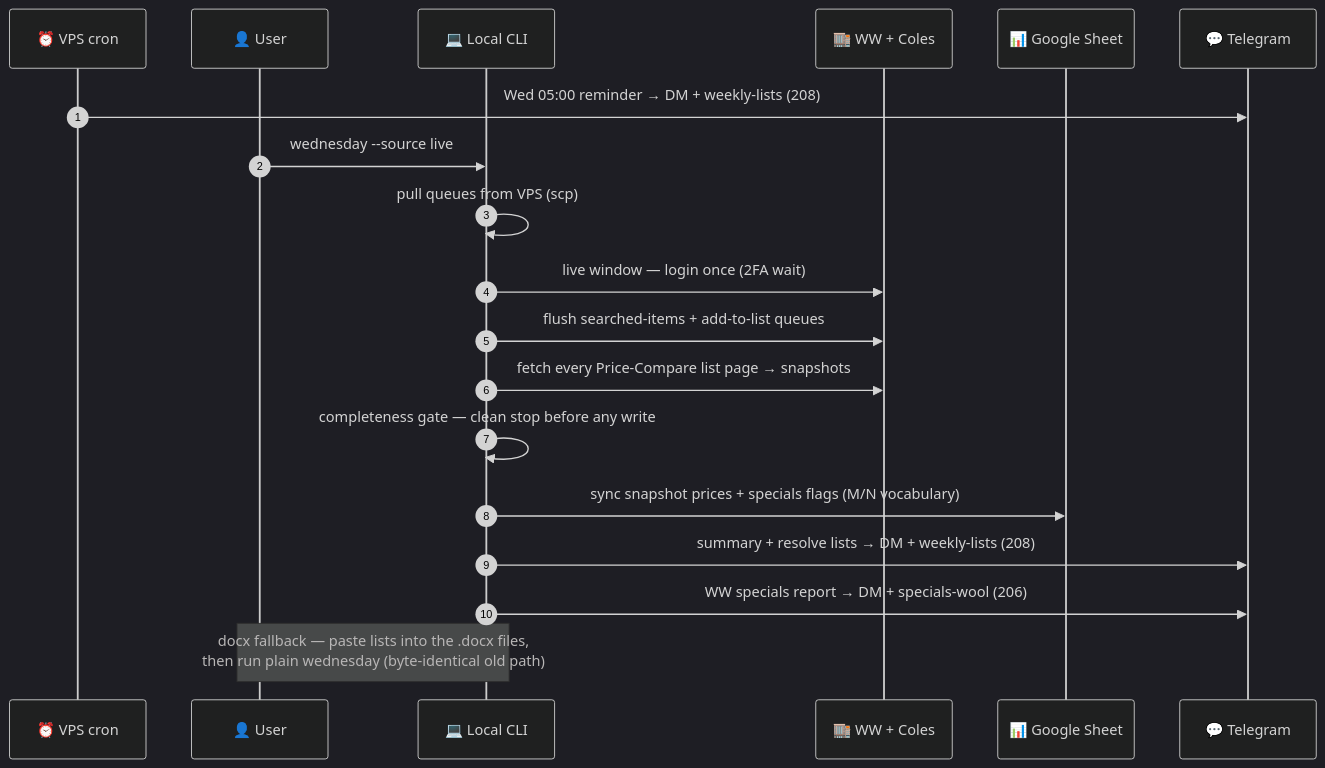
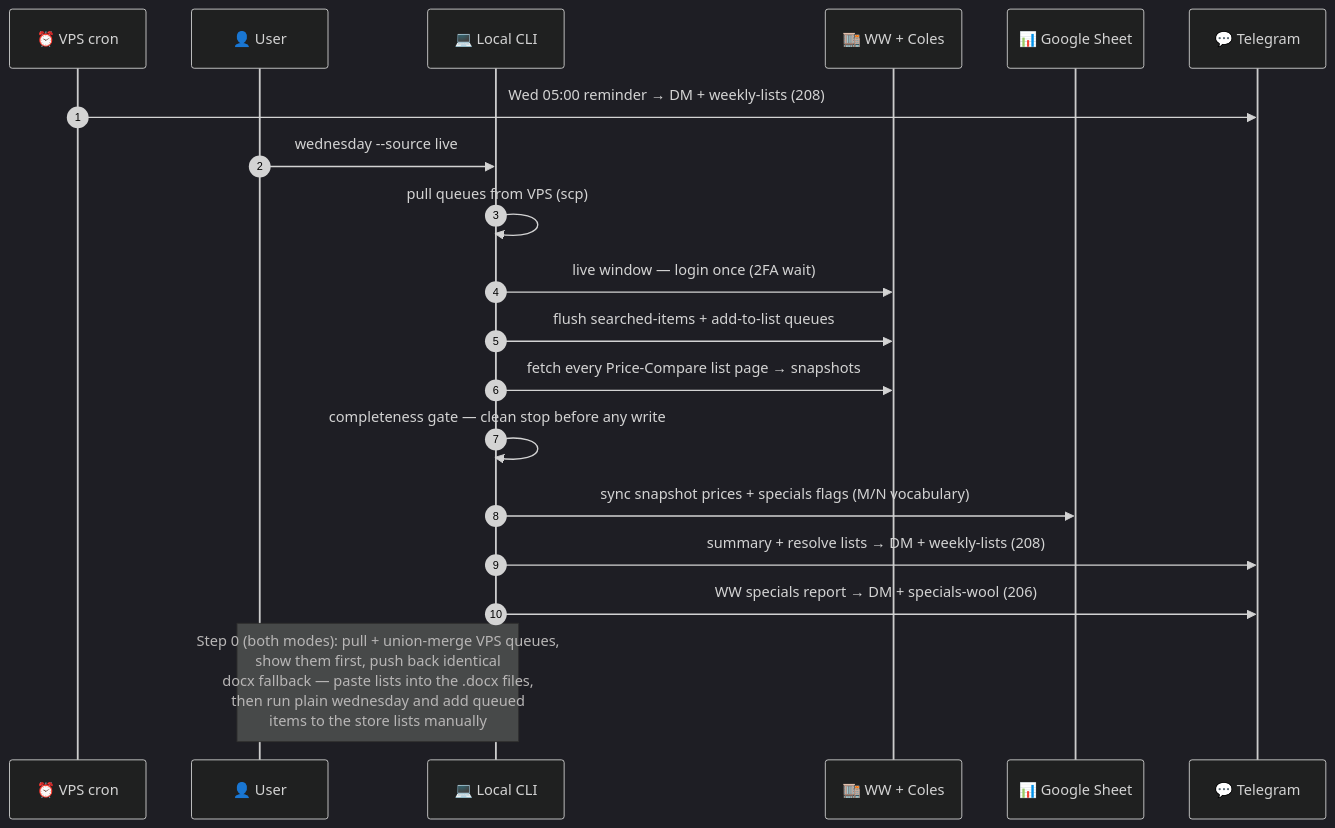
Before and after one commit to arkind13/grocery-price-tracker: the second of 2 diagrams in README.md, drawn with Mermaid (dark theme). The commit also changed other lines of this file and 11 other files, not shown here.

````diff
--- a/README.md
+++ b/README.md
@@ -196,22 +200,22 @@
 ```mermaid
 sequenceDiagram
     autonumber
     participant C as ⏰ VPS cron
     participant U as 👤 User
     participant L as 💻 Local CLI
     participant S as 🏬 WW + Coles
     participant G as 📊 Google Sheet
     participant T as 💬 Telegram
 
     C->>T: Wed 05:00 reminder → DM + weekly-lists (208)
     U->>L: wednesday --source live
     L->>L: pull queues from VPS (scp)
     L->>S: live window — login once (2FA wait)
     L->>S: flush searched-items + add-to-list queues
     L->>S: fetch every Price-Compare list page → snapshots
     L->>L: completeness gate — clean stop before any write
     L->>G: sync snapshot prices + specials flags (M/N vocabulary)
     L->>T: summary + resolve lists → DM + weekly-lists (208)
     L->>T: WW specials report → DM + specials-wool (206)
-    Note over U,L: docx fallback — paste lists into the .docx files,<br/>then run plain wednesday (byte-identical old path)
+    Note over U,L: Step 0 (both modes): pull + union-merge VPS queues,<br/>show them first, push back identical<br/>docx fallback — paste lists into the .docx files,<br/>then run plain wednesday and add queued<br/>items to the store lists manually
 ```
````
